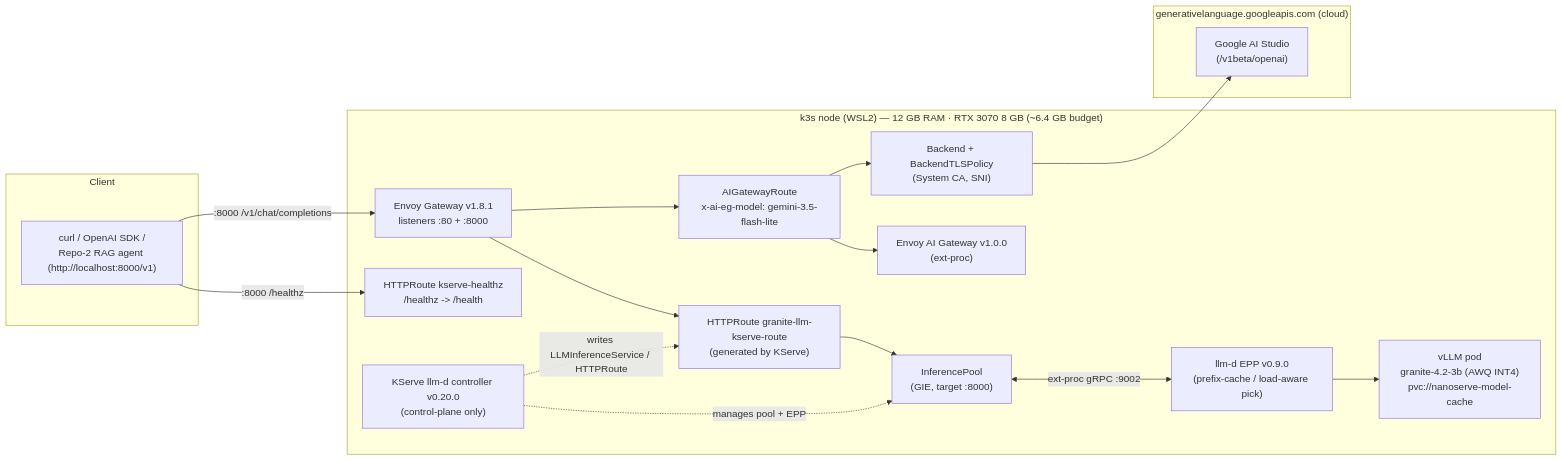
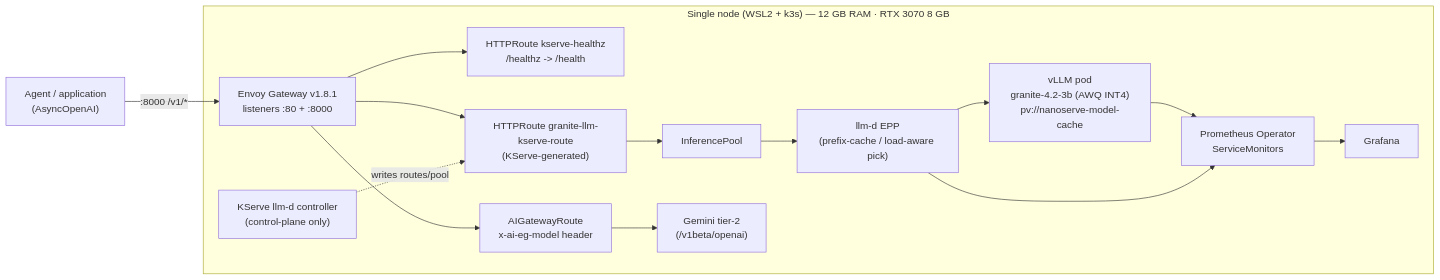
The diagram in README.md (aymanaboghonim/nanoserve-llm), drawn with Mermaid before and after one commit. The commit also changed other lines of this file and 39 other files, not shown here.

````diff
--- a/README.md
+++ b/README.md
@@ -43,35 +31,27 @@
 ```mermaid
 flowchart LR
-    subgraph Client
-        C["curl / OpenAI SDK /<br/>Repo-2 RAG agent (http://localhost:8000/v1)"]
+    A["Agent / application<br/>(AsyncOpenAI)"]
+
+    subgraph Node["Single node (WSL2 + k3s) — 12 GB RAM · RTX 3070 8 GB"]
+        EG["Envoy Gateway v1.8.1<br/>listeners :80 + :8000"]
+        HZ["HTTPRoute kserve-healthz<br/>/healthz -> /health"]
+        HR["HTTPRoute granite-llm-kserve-route<br/>(KServe-generated)"]
+        Pool["InferencePool"]
+        EPP["llm-d EPP<br/>(prefix-cache / load-aware pick)"]
+        VLLM["vLLM pod<br/>granite-4.2-3b (AWQ INT4)<br/>pv://nanoserve-model-cache"]
+        AGR["AIGatewayRoute<br/>x-ai-eg-model header"]
+        GM["Gemini tier-2<br/>(/v1beta/openai)"]
+        KSC["KServe llm-d controller<br/>(control-plane only)"]
+        SM["Prometheus Operator<br/>ServiceMonitors"]
+        GRA["Grafana"]
     end
 
-    subgraph Node["k3s node (WSL2) — 12 GB RAM · RTX 3070 8 GB (~6.4 GB budget)"]
-        EG["Envoy Gateway v1.8.1<br/>listeners :80 + :8000"]
-        HR["HTTPRoute granite-llm-kserve-route<br/>(generated by KServe)"]
-        HZ["HTTPRoute kserve-healthz<br/>/healthz -> /health"]
-        Pool["InferencePool<br/>(GIE, target :8000)"]
-        EPP["llm-d EPP v0.9.0<br/>(prefix-cache / load-aware pick)"]
-        VLLM["vLLM pod<br/>granite-4.2-3b (AWQ INT4)<br/>pvc://nanoserve-model-cache"]
-        EAG["Envoy AI Gateway v1.0.0<br/>(ext-proc)"]
-        AGR["AIGatewayRoute<br/>x-ai-eg-model: gemini-3.5-flash-lite"]
-        BK["Backend + BackendTLSPolicy<br/>(System CA, SNI)"]
-        KSC["KServe llm-d controller v0.20.0<br/>(control-plane only)"]
-    end
-
-    subgraph Tier2["generativelanguage.googleapis.com (cloud)"]
-        GM["Google AI Studio<br/>(/v1beta/openai)"]
-    end
-
-    C -- ":8000 /v1/chat/completions" --> EG
-    C -- ":8000 /healthz" --> HZ
-    EG --> HR --> Pool
-    Pool <-- "ext-proc gRPC :9002" --> EPP
-    EPP --> VLLM
-
-    EG --> AGR --> EAG
-    AGR --> BK --> GM
-
-    KSC -. "writes LLMInferenceService / HTTPRoute" .-> HR
-    KSC -. "manages pool + EPP" .-> Pool
+    A -- ":8000 /v1/*" --> EG
+    EG --> HZ
+    EG --> HR --> Pool --> EPP --> VLLM
+    EG --> AGR --> GM
+    KSC -. writes routes/pool .-> HR
+    VLLM --> SM
+    EPP --> SM
+    SM --> GRA
 ```
````
